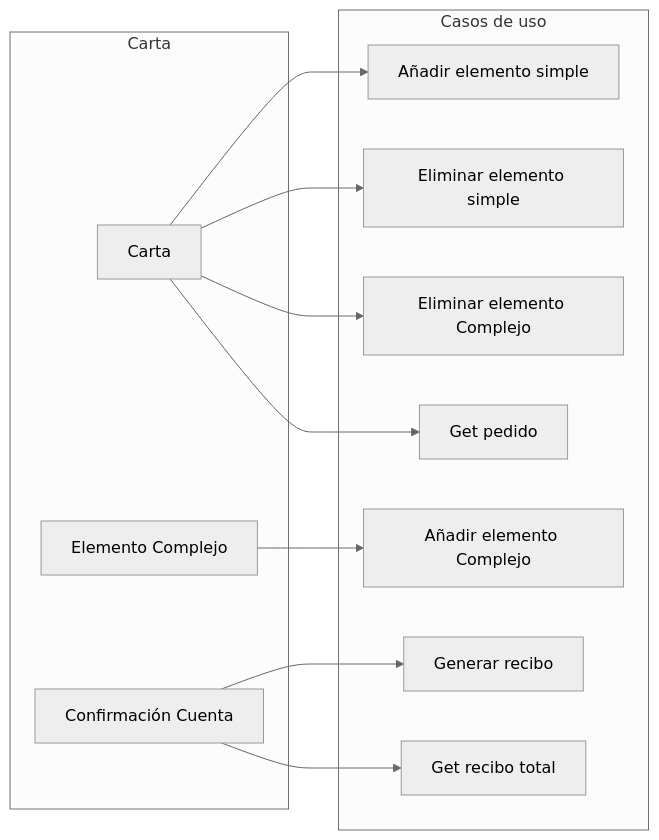
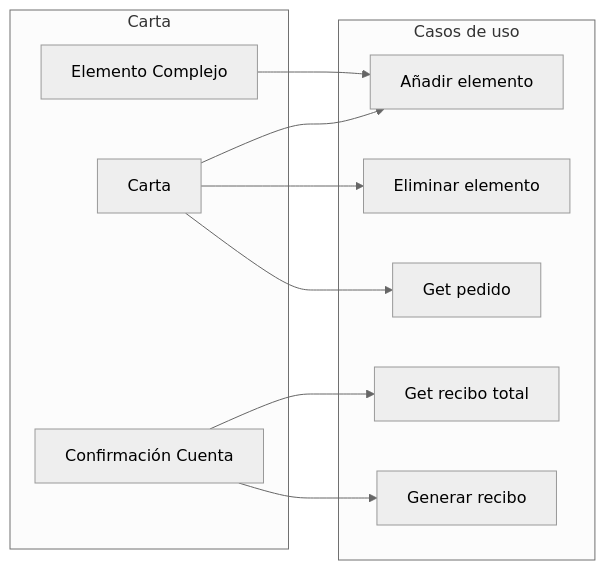
Before and after one commit to pabenito/QRest: the eighth of 10 diagrams in documentacion/requisitos/diagramas_de_flujo.md, drawn with Mermaid (neutral theme). The commit also changed other lines of this file, not shown here.

Commit message:
Diagrama de flujo: Unificar casos de uso Añadir/Eliminar elementos complejos y simples.

````diff
--- a/documentacion/requisitos/diagramas_de_flujo.md
+++ b/documentacion/requisitos/diagramas_de_flujo.md
@@ -133,23 +130,20 @@
 ```mermaid
 flowchart LR
     subgraph g_carta[Carta]
         carta[Carta]
         elemento_complejo[Elemento Complejo]
         confirmacion_cuenta[Confirmación Cuenta]
     end
     subgraph casos_de_uso[Casos de uso]
-        anadir_elemento_simple[Añadir elemento simple]
-        eliminar_elemento_simple[Eliminar elemento simple]
-        anadir_elemento_complejo[Añadir elemento Complejo]
-        eliminar_elemento_complejo[Eliminar elemento Complejo]
+        anadir_elemento[Añadir elemento]
+        eliminar_elemento[Eliminar elemento]
         get_pedido[Get pedido]
         get_recibo_total[Get recibo total]
         generar_recibo[Generar recibo]
     end
-    carta --> anadir_elemento_simple
-    carta --> eliminar_elemento_simple
-    carta --> eliminar_elemento_complejo
-    elemento_complejo --> anadir_elemento_complejo
+    carta --> anadir_elemento
+    carta --> eliminar_elemento
+    elemento_complejo --> anadir_elemento
     carta --> get_pedido
     confirmacion_cuenta --> generar_recibo & get_recibo_total
 ```
````
